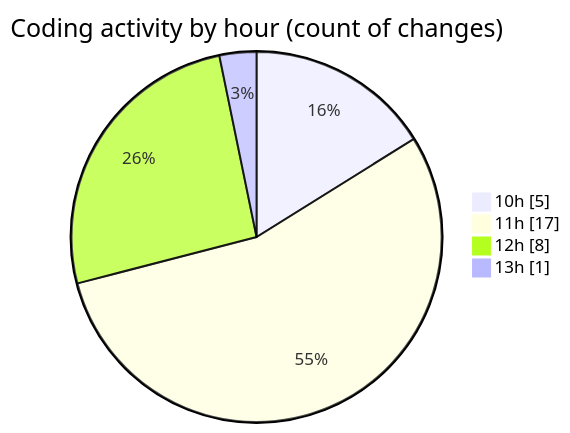
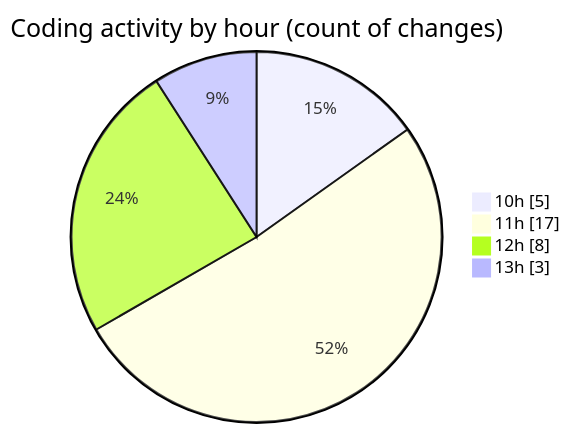
One commit to CELIANVF/code-tracking changed the second of 2 diagrams in 2025-05-05/ecodeli/README.md. Above: the diagram before and after it, drawn with Mermaid. The commit also changed other lines of this file and 1 other file, not shown here.

````diff
--- a/2025-05-05/ecodeli/README.md
+++ b/2025-05-05/ecodeli/README.md
@@ -47,8 +48,8 @@
 ```mermaid
 pie showData
 title Coding activity by hour (count of changes)
 "10h" : 5
 "11h" : 17
 "12h" : 8
-"13h" : 1
+"13h" : 3
 ```
````
